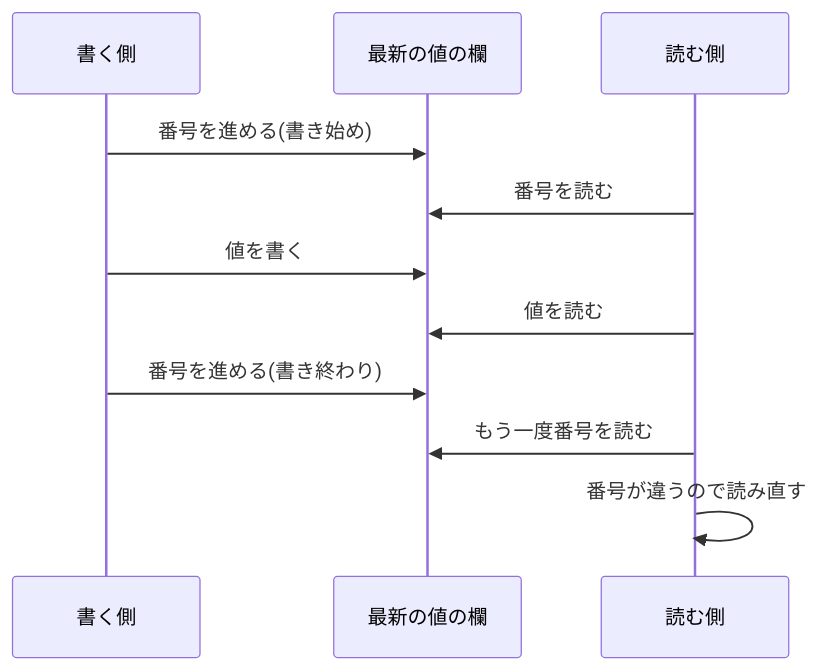
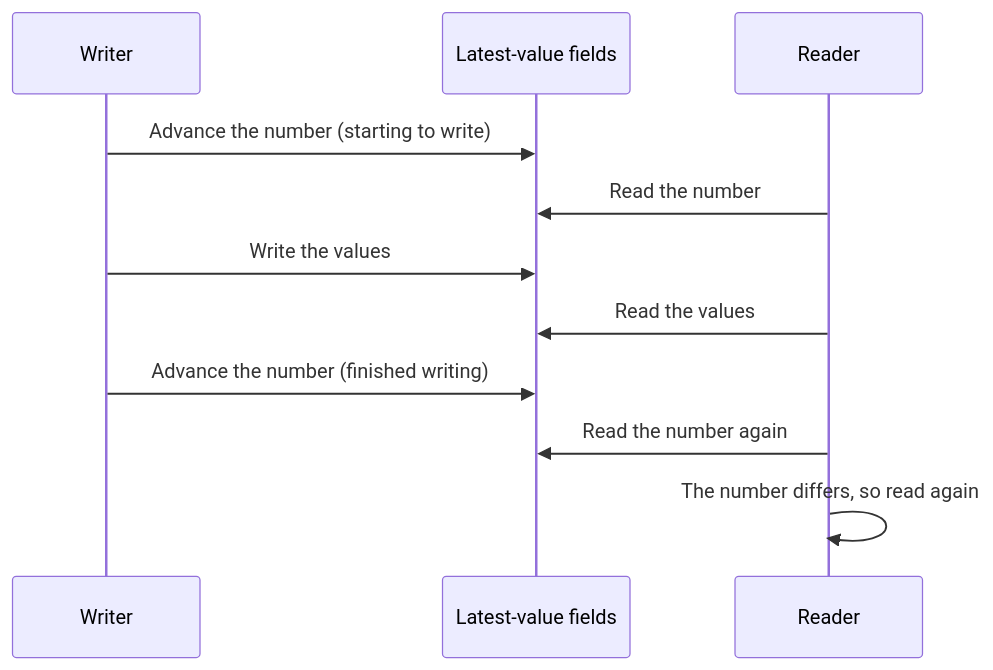
The third of 3 diagrams in articles/21-cheats-and-passthrough.md (kiwamizamurai/gaming), drawn with Mermaid before and after one commit. The commit also changed other lines of this file and 46 other files, not shown here.

````diff
--- a/articles/21-cheats-and-passthrough.md
+++ b/articles/21-cheats-and-passthrough.md
@@ -300,13 +285,13 @@
 ```mermaid
 sequenceDiagram
-    participant W as 書く側
-    participant M as 最新の値の欄
-    participant R as 読む側
-    W->>M: 番号を進める(書き始め)
-    R->>M: 番号を読む
-    W->>M: 値を書く
-    R->>M: 値を読む
-    W->>M: 番号を進める(書き終わり)
-    R->>M: もう一度番号を読む
-    R->>R: 番号が違うので読み直す
+    participant W as Writer
+    participant M as Latest-value fields
+    participant R as Reader
+    W->>M: Advance the number (starting to write)
+    R->>M: Read the number
+    W->>M: Write the values
+    R->>M: Read the values
+    W->>M: Advance the number (finished writing)
+    R->>M: Read the number again
+    R->>R: The number differs, so read again
 ```
````
